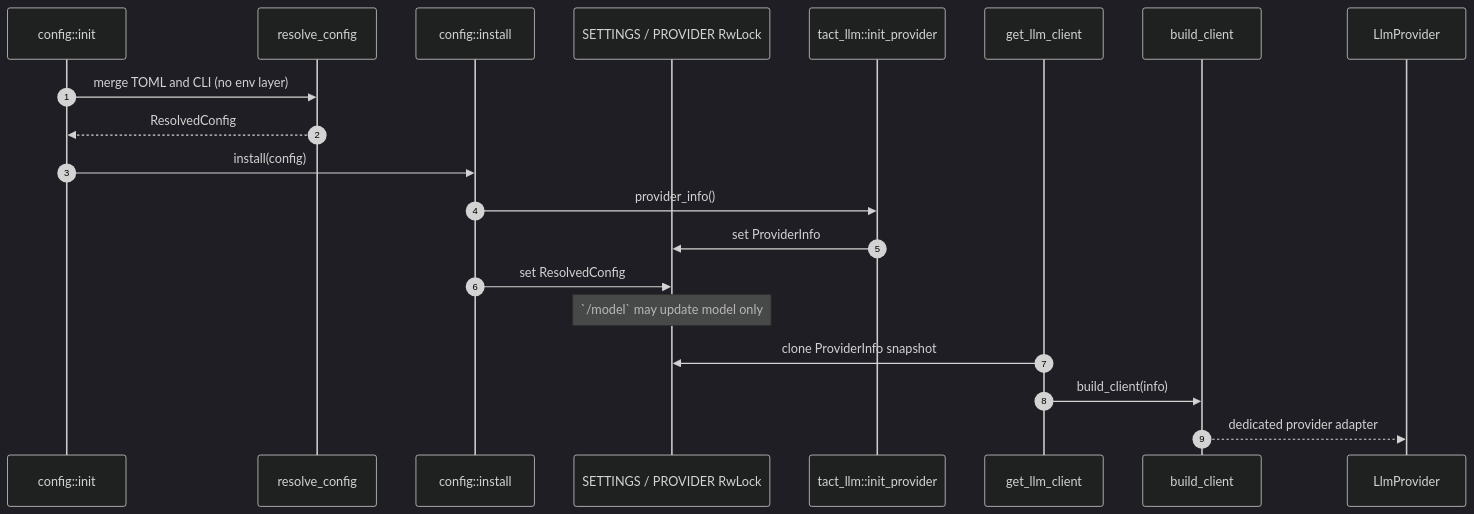
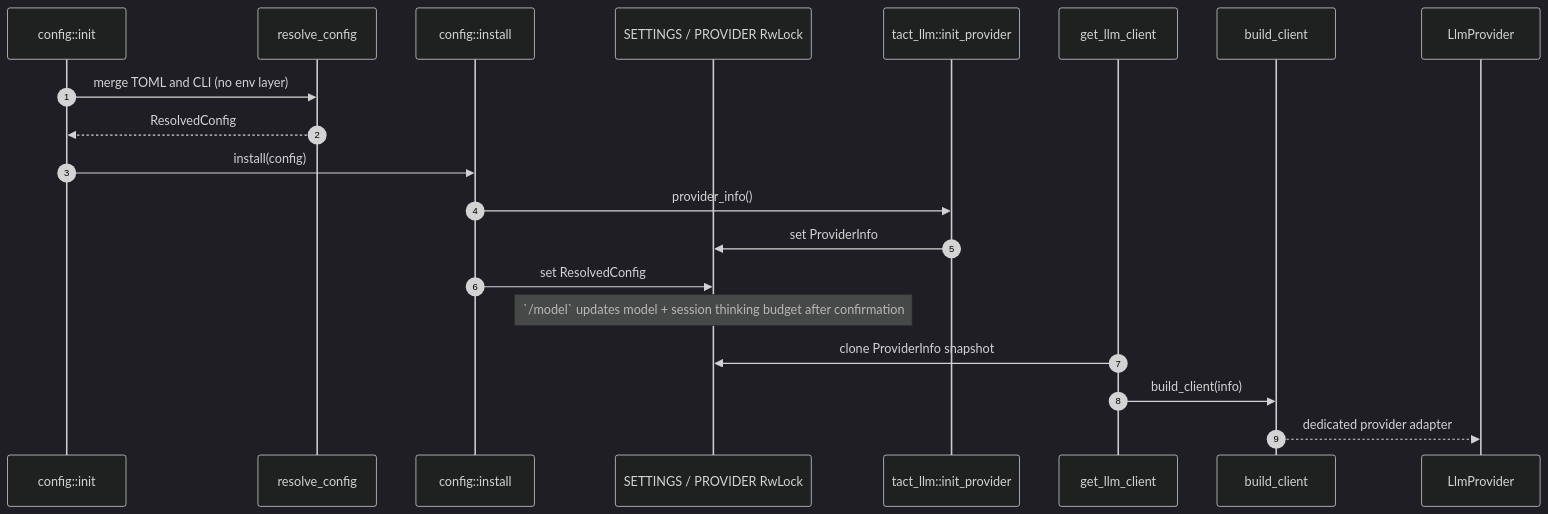
One commit to rust-infra/tact changed the second of 5 diagrams in book/22_chapter_llm.md. Above: the diagram before and after it, drawn with Mermaid (dark theme). The commit also changed other lines of this file and 6 other files, not shown here.

Commit message:
docs: document model thinking-budget picker

````diff
--- a/book/22_chapter_llm.md
+++ b/book/22_chapter_llm.md
@@ -96,23 +98,23 @@
 ```mermaid
 sequenceDiagram
     autonumber
     participant Init as config::init
     participant Resolve as resolve_config
     participant Install as config::install
     participant State as SETTINGS / PROVIDER RwLock
     participant LlmInit as tact_llm::init_provider
     participant Get as get_llm_client
     participant Build as build_client
     participant Provider as LlmProvider
 
     Init->>Resolve: merge TOML and CLI (no env layer)
     Resolve-->>Init: ResolvedConfig
     Init->>Install: install(config)
     Install->>LlmInit: provider_info()
     LlmInit->>State: set ProviderInfo
     Install->>State: set ResolvedConfig
-    Note over State: `/model` may update model only
+    Note over State: `/model` updates model + session thinking budget after confirmation
     Get->>State: clone ProviderInfo snapshot
     Get->>Build: build_client(info)
     Build-->>Provider: dedicated provider adapter
 ```
````
